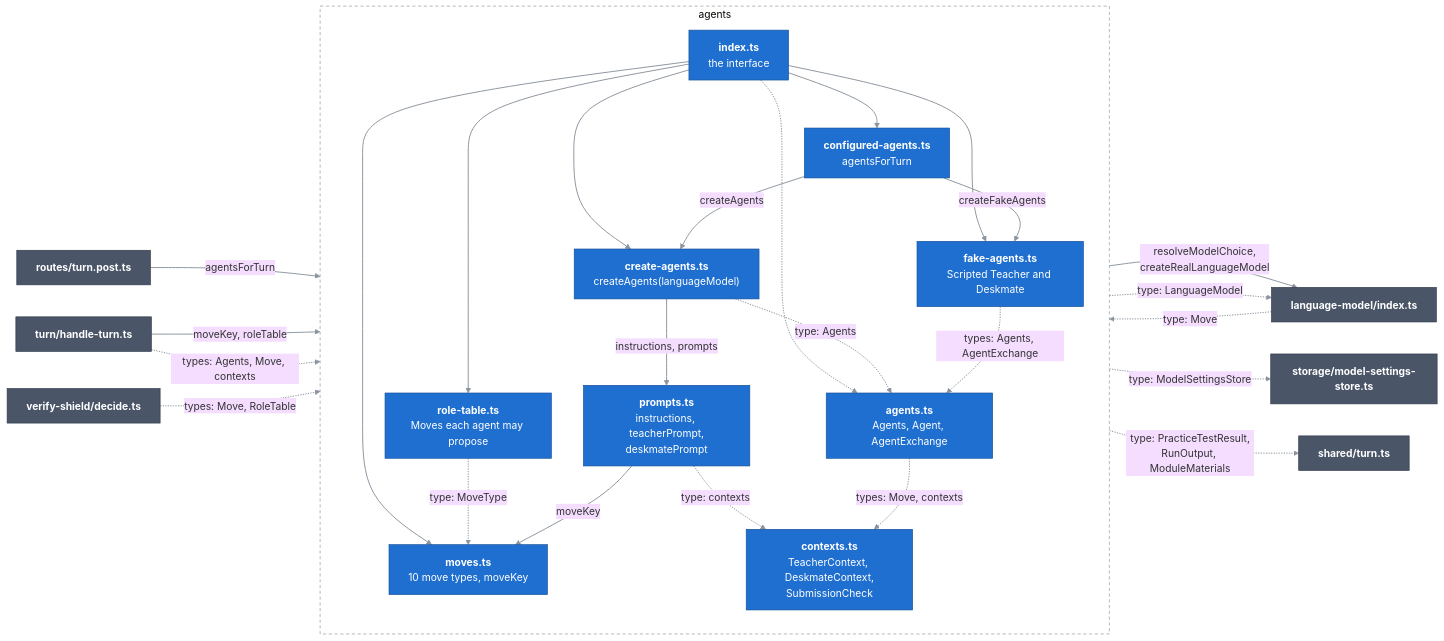
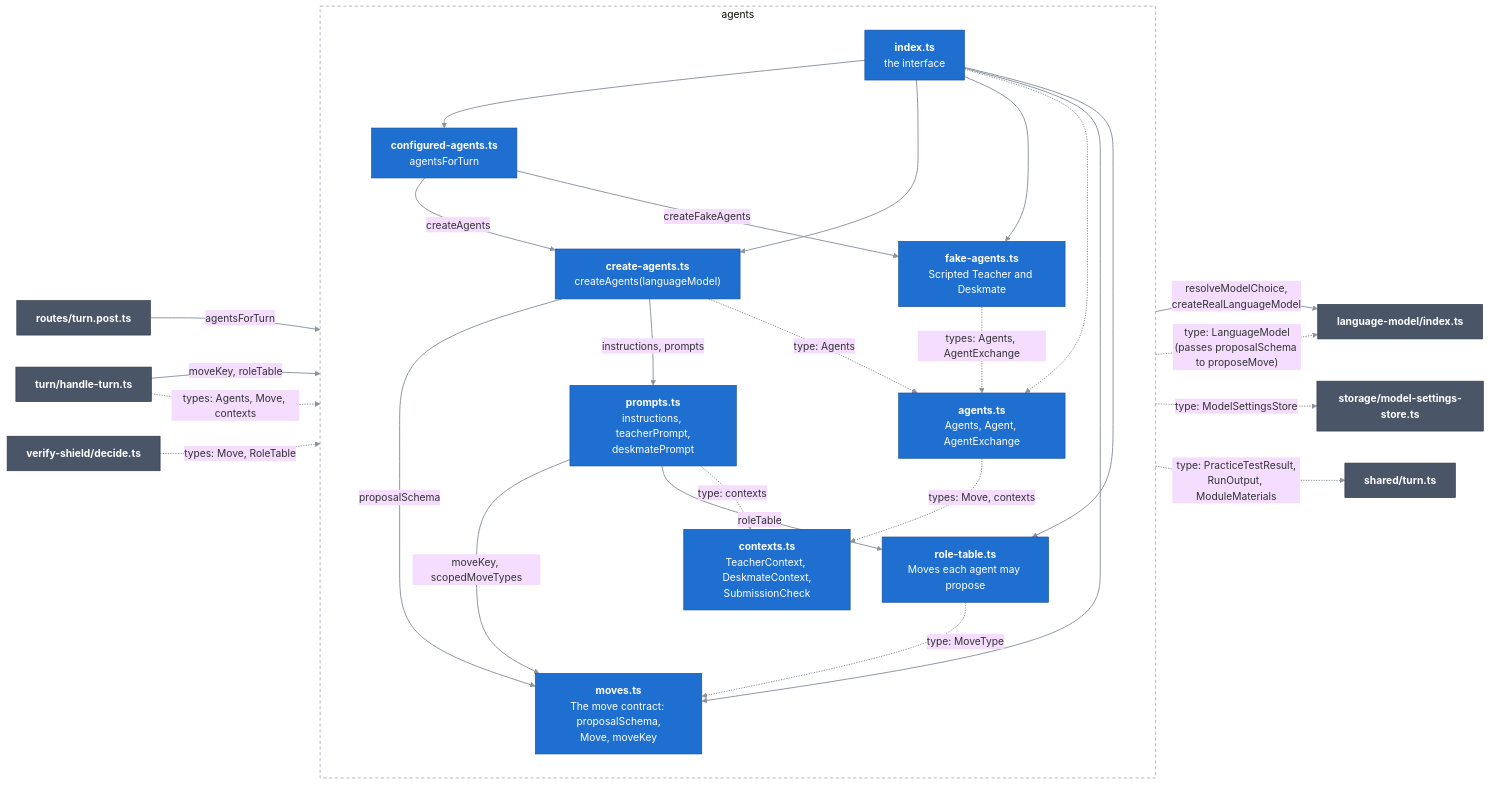
Before and after one commit to Bill2926/COS40005_HN9_Verifiable_Co-Learner_Agent: the diagram in docs/c4/03-components/server/06-agents.md, drawn with Mermaid (base theme). The commit also changed other lines of this file and 18 other files, not shown here.

First line of the commit message:
Single source for the move contract (#127)

````diff
--- a/docs/c4/03-components/server/06-agents.md
+++ b/docs/c4/03-components/server/06-agents.md
@@ -11,53 +11,54 @@
 ```mermaid
 flowchart LR
   classDef comp fill:#1f6fd0,stroke:#164f96,color:#ffffff
   classDef near fill:#4a5568,stroke:#2d3748,color:#ffffff
   linkStyle default stroke:#8b949e,stroke-width:1.5px
 
   routes["<b>routes/turn.post.ts</b>"]:::near
   turn["<b>turn/handle-turn.ts</b>"]:::near
   lm["<b>language-model/index.ts</b>"]:::near
   storage["<b>storage/model-settings-store.ts</b>"]:::near
   shield["<b>verify-shield/decide.ts</b>"]:::near
     turnTypes["<b>shared/turn.ts</b>"]:::near
 
   subgraph agents["agents"]
     direction TB
     index["<b>index.ts</b><br/>the interface"]:::comp
     configured["<b>configured-agents.ts</b><br/>agentsForTurn"]:::comp
     create["<b>create-agents.ts</b><br/>createAgents(languageModel)"]:::comp
     fake["<b>fake-agents.ts</b><br/>Scripted Teacher and Deskmate"]:::comp
     iface["<b>agents.ts</b><br/>Agents, Agent, AgentExchange"]:::comp
     prompts["<b>prompts.ts</b><br/>instructions, teacherPrompt,<br/>deskmatePrompt"]:::comp
-    moves["<b>moves.ts</b><br/>10 move types, moveKey"]:::comp
+    moves["<b>moves.ts</b><br/>The move contract: proposalSchema,<br/>Move, moveKey"]:::comp
     roles["<b>role-table.ts</b><br/>Moves each agent may propose"]:::comp
     contexts["<b>contexts.ts</b><br/>TeacherContext, DeskmateContext,<br/>SubmissionCheck"]:::comp
   end
 
   routes -->|"agentsForTurn"| index
   turn -->|"moveKey, roleTable"| index
   turn -.->|"types: Agents, Move, contexts"| index
   shield -.->|"types: Move, RoleTable"| index
-  lm -.->|"type: Move"| index
   index --> configured
   index --> create
   index --> fake
   index -.-> iface
   index --> moves
   index --> roles
   roles -.->|"type: MoveType"| moves
   configured -->|"resolveModelChoice,<br/>createRealLanguageModel"| lm
   configured -->|"createAgents"| create
   configured -->|"createFakeAgents"| fake
   configured -.->|"type: ModelSettingsStore"| storage
-  create -.->|"type: LanguageModel"| lm
+  create -.->|"type: LanguageModel<br/>(passes proposalSchema to proposeMove)"| lm
+  create -->|"proposalSchema"| moves
   create -->|"instructions, prompts"| prompts
   create -.->|"type: Agents"| iface
   fake -.->|"types: Agents, AgentExchange"| iface
-  prompts -->|"moveKey"| moves
+  prompts -->|"moveKey, scopedMoveTypes"| moves
+  prompts -->|"roleTable"| roles
   prompts -.->|"type: contexts"| contexts
   iface -.->|"types: Move, contexts"| contexts
   contexts -.->|"type: PracticeTestResult,<br/>RunOutput, ModuleMaterials"| turnTypes
 
   style agents fill:none,stroke:#8b949e,stroke-dasharray:5 4
 ```
````
